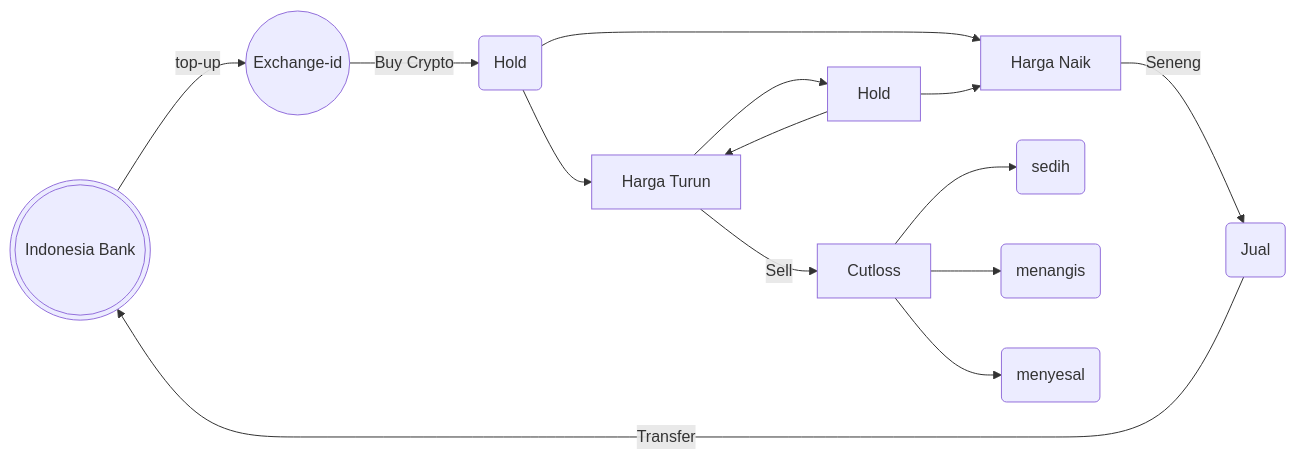
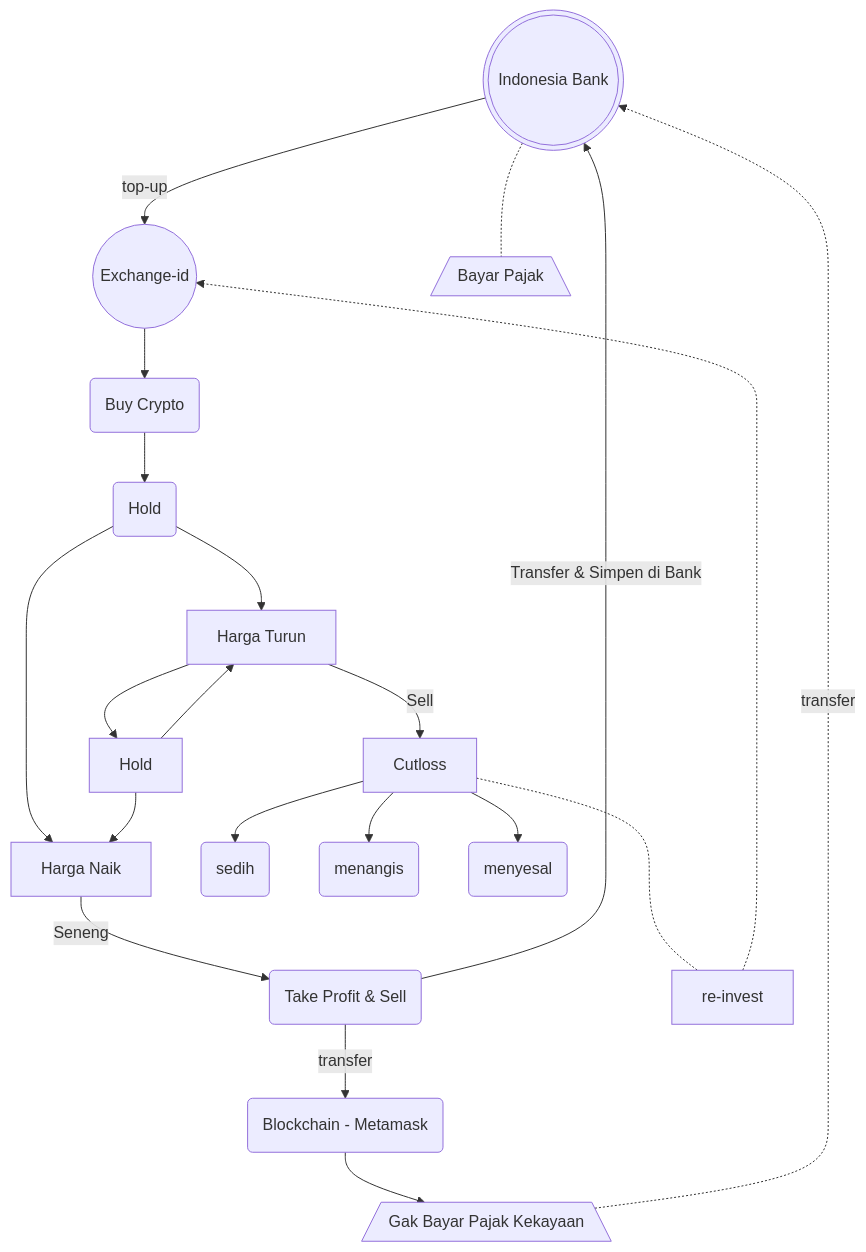
The diagram in content/posts/crypto-diagram.md (nescatfe/tea), drawn with Mermaid before and after one commit. The commit also changed 1 other file, not shown here.

Commit message:
Add posting crypto flowchart

````diff
--- a/content/posts/crypto-diagram.md
+++ b/content/posts/crypto-diagram.md
@@ -18,16 +18,22 @@
 ```mermaid
-flowchart LR
+flowchart TB
 
 A(((Indonesia Bank))) -->|top-up| B((Exchange-id))
-B -->|Buy Crypto| C(Hold)
-C --> D[Harga Naik] -->|Seneng| H(Jual)
+B --> BC(Buy Crypto)
+BC --> C(Hold)
+C --> D[Harga Naik] -->|Seneng| H(Take Profit & Sell)
 C --> E[Harga Turun]
 E -->|Sell| F[Cutloss]
+F -..- re-invest -.-> B
 E --> G[Hold]
 G --> D
 G --> E
-H -->|Transfer| A
+H -->|Transfer & Simpen di Bank| A
 F --> I(sedih)
 F --> J(menangis)
 F --> K(menyesal)
+A -.- PJ[/Bayar Pajak\]
+H -->|transfer| block(Blockchain - Metamask)
+block --> GP[/Gak Bayar Pajak Kekayaan\]
+GP -.->|transfer| A
 ```
````
